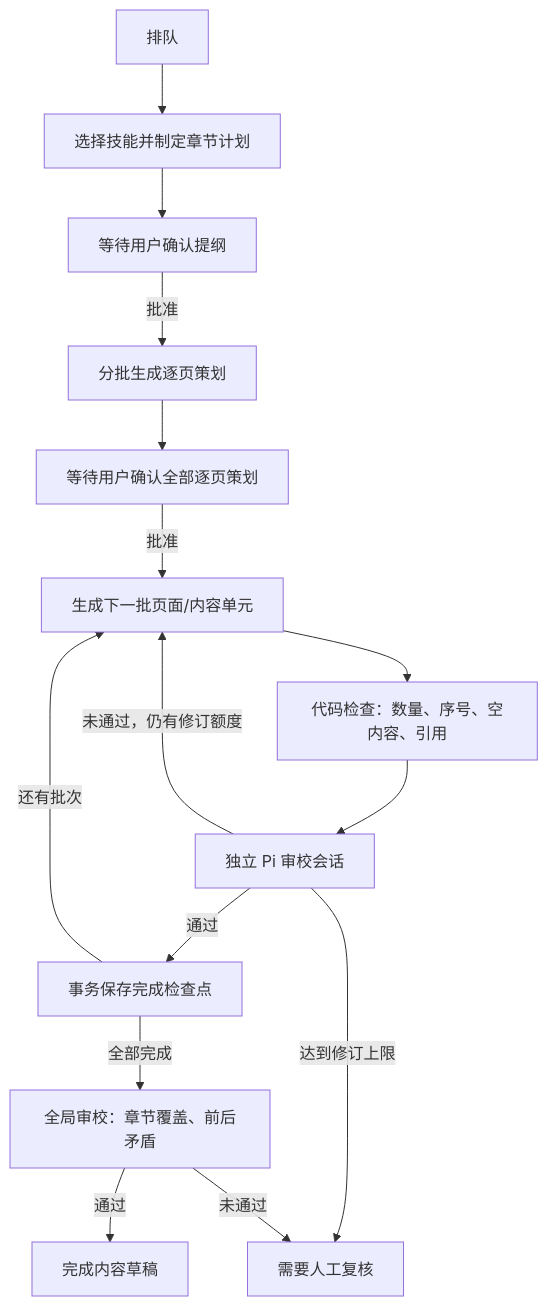
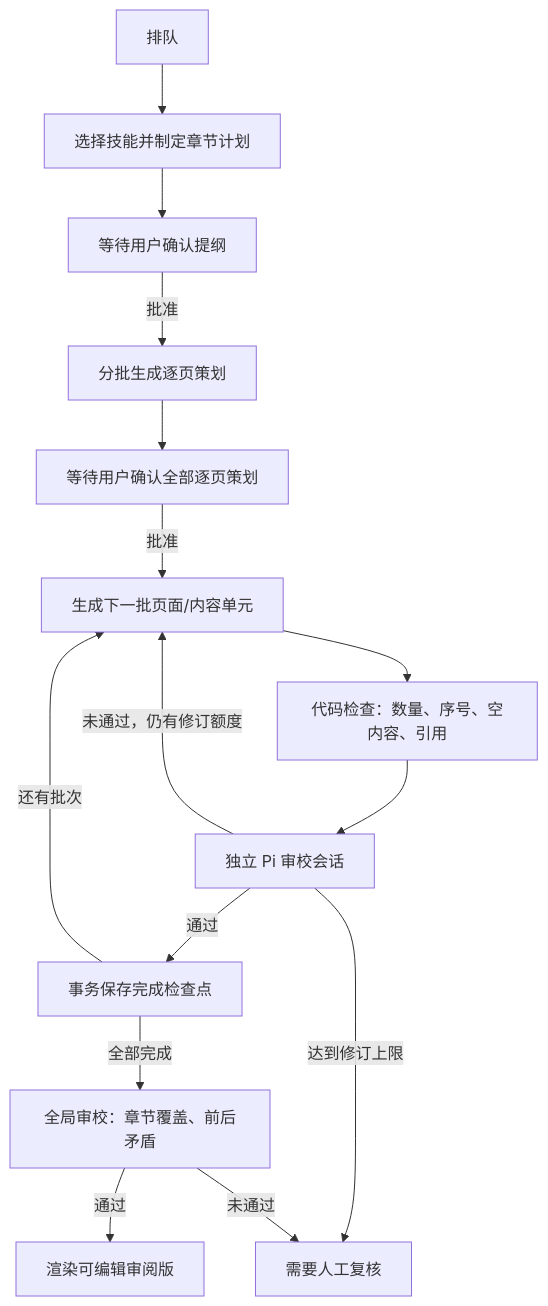
One commit to jingwenadc/archflow changed the second of 2 diagrams in PRODUCT_DESIGN.md. Above: the diagram before and after it, drawn with Mermaid. The commit also changed other lines of this file and 37 other files, not shown here.

````diff
--- a/PRODUCT_DESIGN.md
+++ b/PRODUCT_DESIGN.md
@@ -20,17 +22,17 @@
 ```mermaid
 flowchart TD
     Q[排队] --> P[选择技能并制定章节计划]
     P --> A[等待用户确认提纲]
     A -->|批准| B[分批生成逐页策划]
     B --> S[等待用户确认全部逐页策划]
     S -->|批准| G[生成下一批页面/内容单元]
     G --> V[代码检查：数量、序号、空内容、引用]
     V --> R[独立 Pi 审校会话]
     R -->|通过| C[事务保存完成检查点]
     R -->|未通过，仍有修订额度| G
     R -->|达到修订上限| H[需要人工复核]
     C -->|还有批次| G
     C -->|全部完成| F[全局审校：章节覆盖、前后矛盾]
-    F -->|通过| D[完成内容草稿]
+    F -->|通过| D[渲染可编辑审阅版]
     F -->|未通过| H
 ```
````
